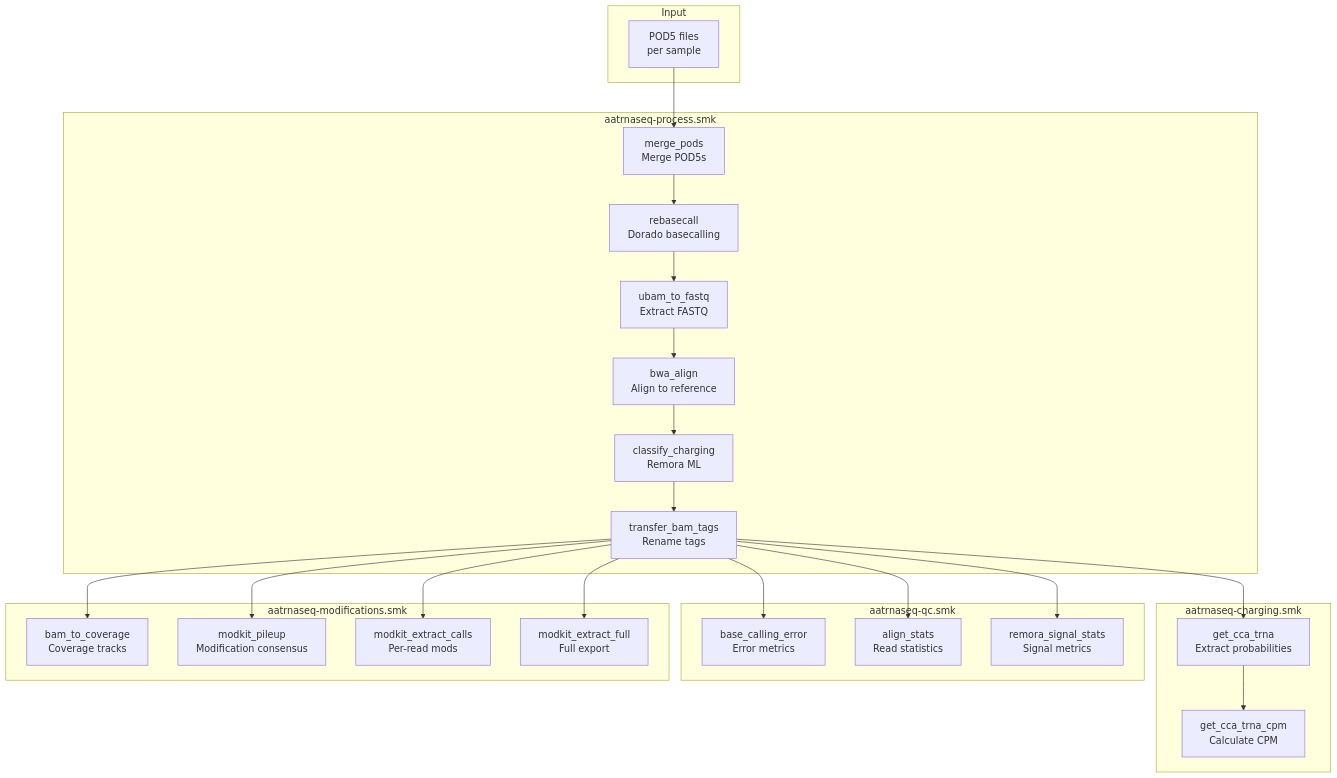
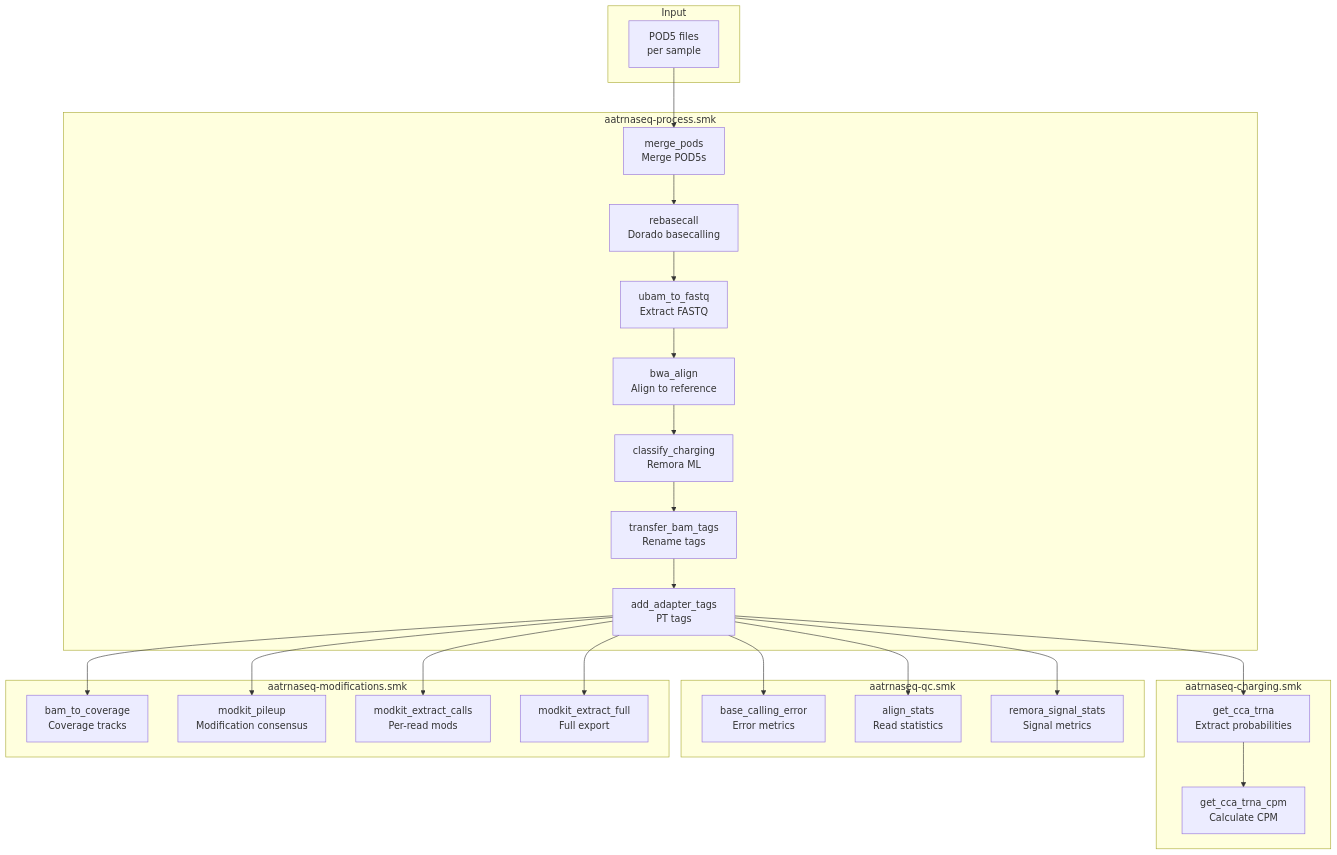
One commit to rnabioco/aa-tRNA-seq-pipeline changed the second of 3 diagrams in docs/workflow/overview.md. Above: the diagram before and after it, drawn with Mermaid. The commit also changed other lines of this file and 10 other files, not shown here.

````diff
--- a/docs/workflow/overview.md
+++ b/docs/workflow/overview.md
@@ -33,44 +33,45 @@
 ```mermaid
 flowchart TB
     subgraph Input
         A[POD5 files<br/>per sample]
     end
 
     subgraph Processing[aatrnaseq-process.smk]
         B[merge_pods<br/>Merge POD5s]
         C[rebasecall<br/>Dorado basecalling]
         D[ubam_to_fastq<br/>Extract FASTQ]
         E[bwa_align<br/>Align to reference]
         F[classify_charging<br/>Remora ML]
         G[transfer_bam_tags<br/>Rename tags]
+        G2[add_adapter_tags<br/>PT tags]
     end
 
     subgraph Charging[aatrnaseq-charging.smk]
         H[get_cca_trna<br/>Extract probabilities]
         I[get_cca_trna_cpm<br/>Calculate CPM]
     end
 
     subgraph QC[aatrnaseq-qc.smk]
         J[base_calling_error<br/>Error metrics]
         K[align_stats<br/>Read statistics]
         L[remora_signal_stats<br/>Signal metrics]
     end
 
     subgraph Mods[aatrnaseq-modifications.smk]
         M[bam_to_coverage<br/>Coverage tracks]
         N[modkit_pileup<br/>Modification consensus]
         O[modkit_extract_calls<br/>Per-read mods]
         P[modkit_extract_full<br/>Full export]
     end
 
-    A --> B --> C --> D --> E --> F --> G
+    A --> B --> C --> D --> E --> F --> G --> G2
 
-    G --> H --> I
-    G --> J
-    G --> K
-    G --> L
-    G --> M
-    G --> N
-    G --> O
-    G --> P
+    G2 --> H --> I
+    G2 --> J
+    G2 --> K
+    G2 --> L
+    G2 --> M
+    G2 --> N
+    G2 --> O
+    G2 --> P
 ```
````
